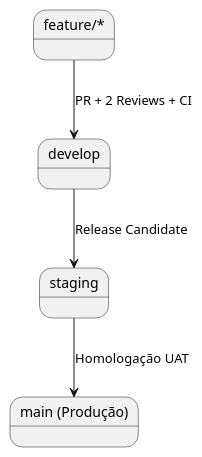
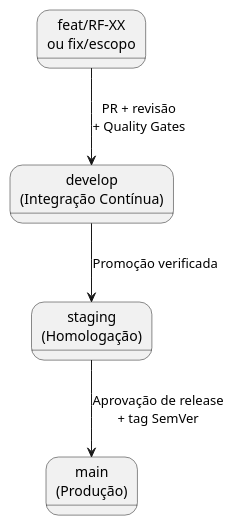
Before and after one commit to CINESOFT-SOLUTIONS/manual-processos-software: the diagram in assets/capitulo-04/diagramas/fluxo-git-branches.puml, drawn with PlantUML. The commit also changed 69 other files, not shown here.

```diff
--- a/assets/capitulo-04/diagramas/fluxo-git-branches.puml
+++ b/assets/capitulo-04/diagramas/fluxo-git-branches.puml
@@ -1,14 +1,14 @@
 @startuml
 skinparam monochrome true
 skinparam shadowing false
 skinparam defaultFontName Helvetica
 
-state "feature/*" as feat
-state "develop" as dev
-state "staging" as stag
-state "main (Produção)" as prod
+state "feat/RF-XX\nou fix/escopo" as F
+state "develop\n(Integração Contínua)" as DEV
+state "staging\n(Homologação)" as STG
+state "main\n(Produção)" as MAIN
 
-feat --> dev : PR + 2 Reviews + CI
-dev --> stag : Release Candidate
-stag --> prod : Homologação UAT
+F --> DEV : PR + revisão\n+ Quality Gates
+DEV --> STG : Promoção verificada
+STG --> MAIN : Aprovação de release\n+ tag SemVer
 @enduml
```
